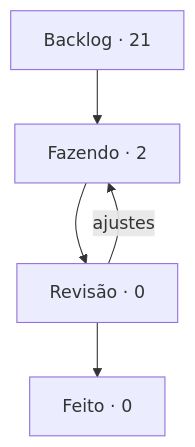
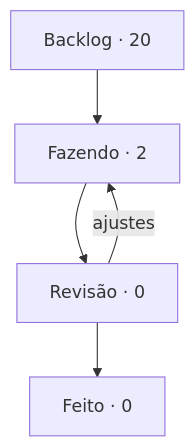
One commit to StudioVibi/VibiKanban changed the diagram in boards/dungeon-bend/BOARD.md. Above: the diagram before and after it, drawn with Mermaid. The commit also changed other lines of this file and 2 other files, not shown here.

````diff
--- a/boards/dungeon-bend/BOARD.md
+++ b/boards/dungeon-bend/BOARD.md
@@ -5,10 +5,10 @@
 ```mermaid
 flowchart TD
-  backlog["Backlog · 21"] --> doing["Fazendo · 2"]
+  backlog["Backlog · 20"] --> doing["Fazendo · 2"]
   doing --> review["Revisão · 0"]
   review --> done["Feito · 0"]
   review -->|ajustes| doing
   doing:::blue
   review:::yellow
   done:::green
 ```
````
